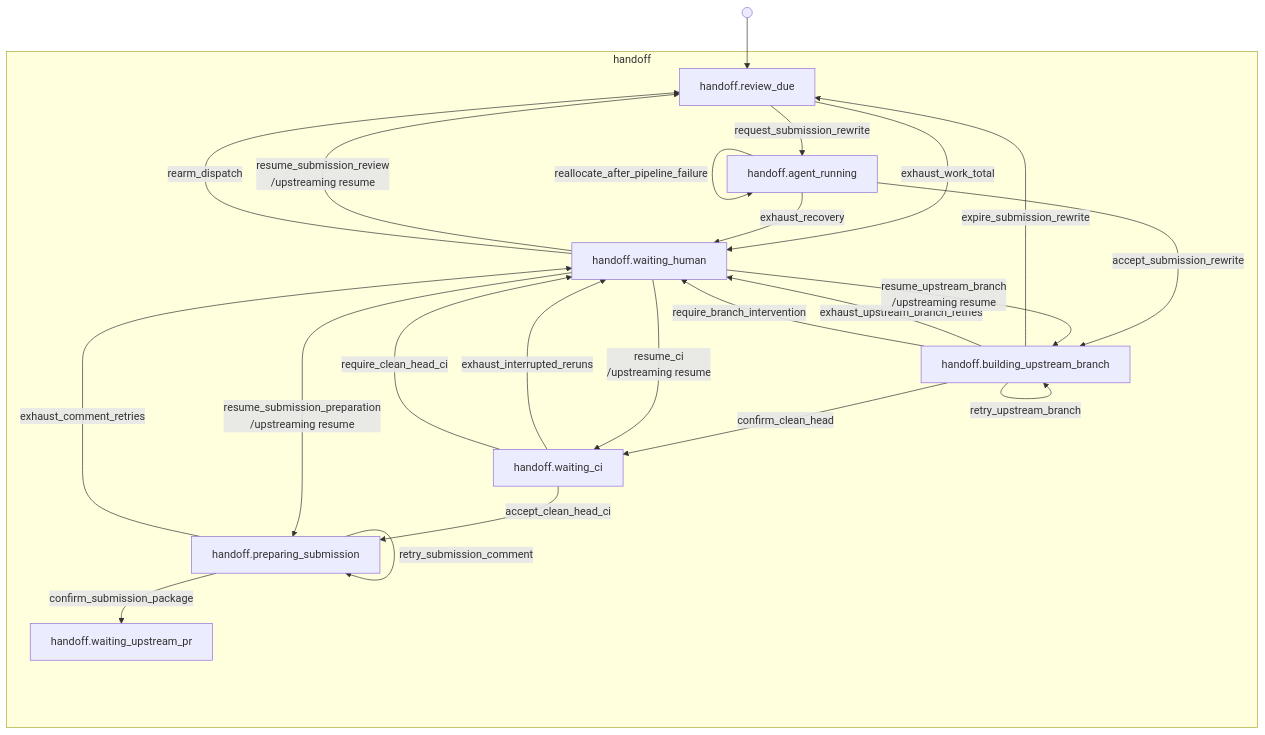
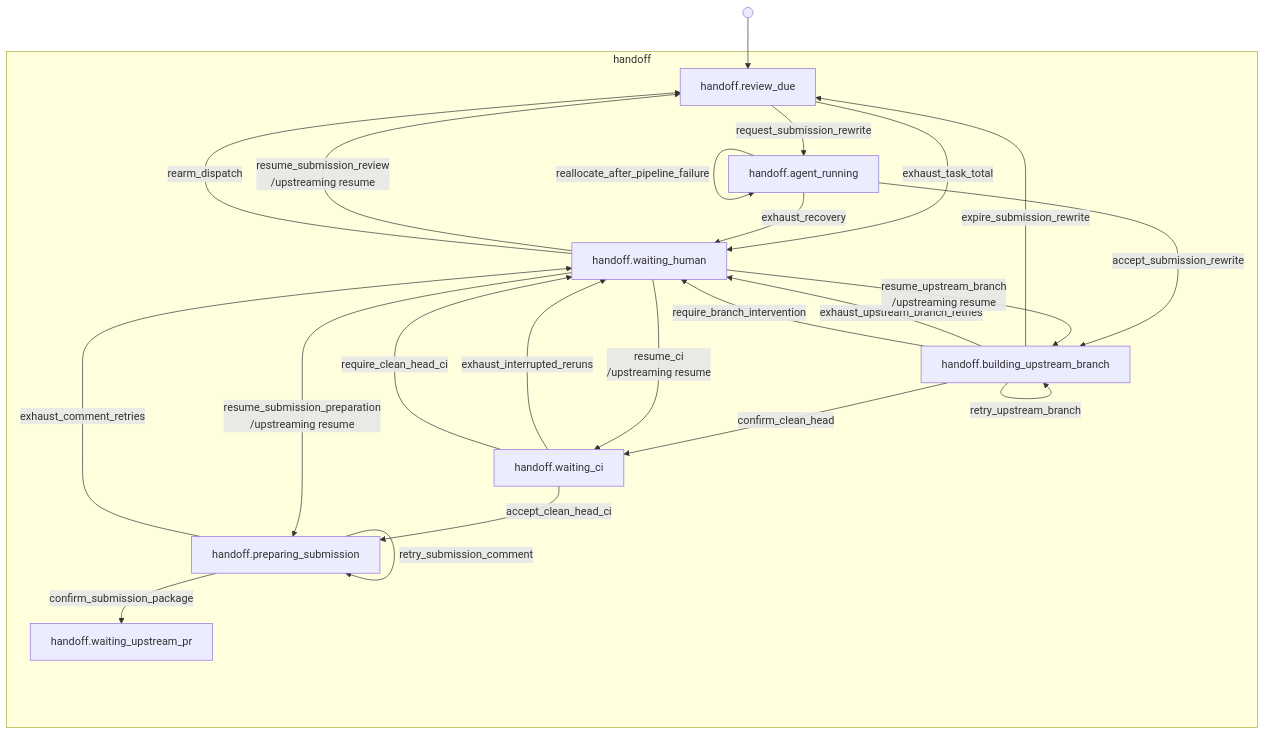
One commit to riseproject-dev/porting-agent changed diagram 24 of 36 in docs/state-machine/index.md. Above: the diagram before and after it, drawn with Mermaid. The commit also changed other lines of this file and 209 other files, not shown here.

````diff
--- a/docs/state-machine/index.md
+++ b/docs/state-machine/index.md
@@ -810,37 +810,37 @@
 ```mermaid
 flowchart TB
     subgraph handoff["handoff"]
         handoff_review_due["handoff.review_due"]
         handoff_agent_running["handoff.agent_running"]
         handoff_building_upstream_branch["handoff.building_upstream_branch"]
         handoff_waiting_ci["handoff.waiting_ci"]
         handoff_preparing_submission["handoff.preparing_submission"]
         handoff_waiting_human["handoff.waiting_human"]
         handoff_waiting_upstream_pr["handoff.waiting_upstream_pr"]
     end
 
     start_1(( )) --> handoff_review_due
-    handoff_review_due -->|exhaust_work_total| handoff_waiting_human
+    handoff_review_due -->|exhaust_task_total| handoff_waiting_human
     handoff_agent_running -->|retry_dispatch| handoff_agent_running
     handoff_agent_running -->|exhaust_recovery| handoff_waiting_human
-    handoff_agent_running -->|allocate_work_retry| handoff_agent_running
+    handoff_agent_running -->|allocate_task_retry| handoff_agent_running
     handoff_agent_running -->|reallocate_after_pipeline_failure| handoff_agent_running
     handoff_waiting_human -->|resume_submission_review<br/>/upstreaming resume| handoff_review_due
     handoff_waiting_human -->|rearm_dispatch| handoff_review_due
     handoff_review_due -->|request_submission_rewrite| handoff_agent_running
     handoff_agent_running -->|accept_submission_rewrite| handoff_building_upstream_branch
     handoff_building_upstream_branch -->|expire_submission_rewrite| handoff_review_due
     handoff_building_upstream_branch -->|retry_upstream_branch| handoff_building_upstream_branch
     handoff_building_upstream_branch -->|exhaust_upstream_branch_retries| handoff_waiting_human
     handoff_building_upstream_branch -->|require_branch_intervention| handoff_waiting_human
     handoff_waiting_human -->|resume_upstream_branch<br/>/upstreaming resume| handoff_building_upstream_branch
     handoff_building_upstream_branch -->|confirm_clean_head| handoff_waiting_ci
     handoff_waiting_ci -->|exhaust_interrupted_reruns| handoff_waiting_human
     handoff_waiting_human -->|resume_ci<br/>/upstreaming resume| handoff_waiting_ci
     handoff_waiting_ci -->|require_clean_head_ci| handoff_waiting_human
     handoff_waiting_ci -->|accept_clean_head_ci| handoff_preparing_submission
     handoff_preparing_submission -->|retry_submission_comment| handoff_preparing_submission
     handoff_preparing_submission -->|exhaust_comment_retries| handoff_waiting_human
     handoff_waiting_human -->|resume_submission_preparation<br/>/upstreaming resume| handoff_preparing_submission
     handoff_preparing_submission -->|confirm_submission_package| handoff_waiting_upstream_pr
 ```
````
